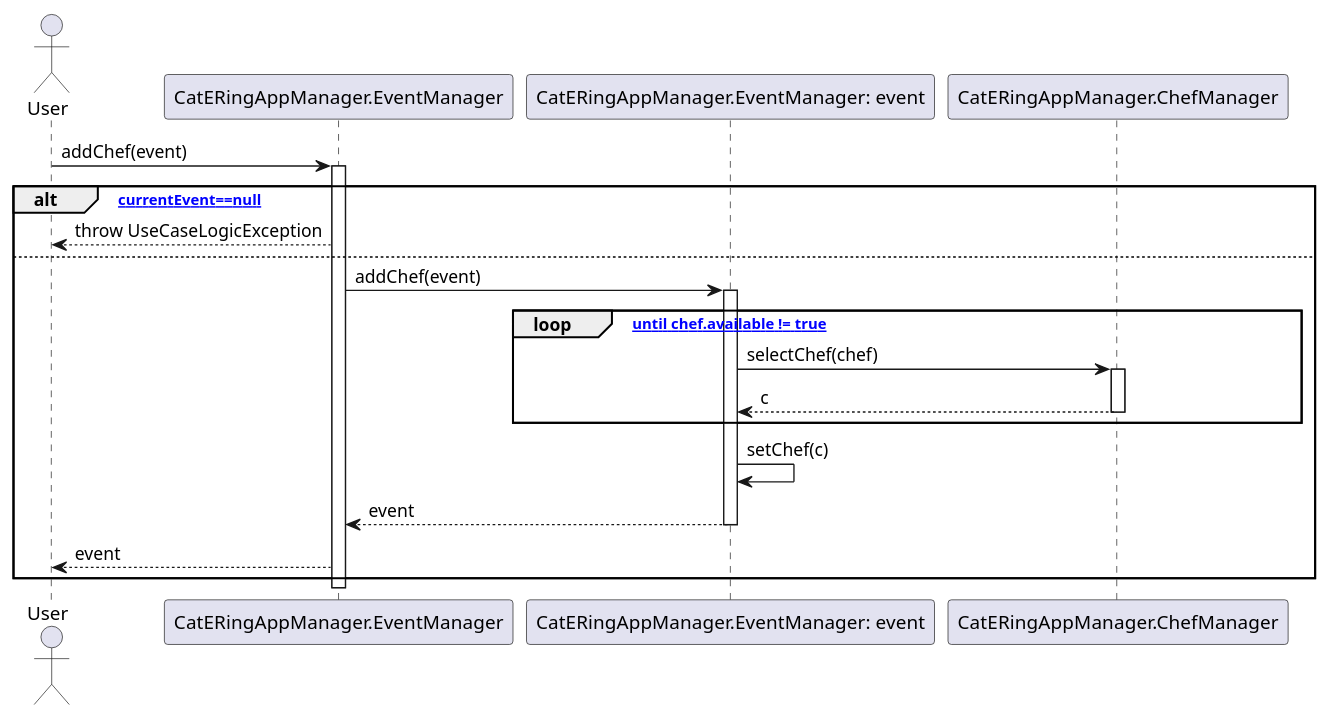
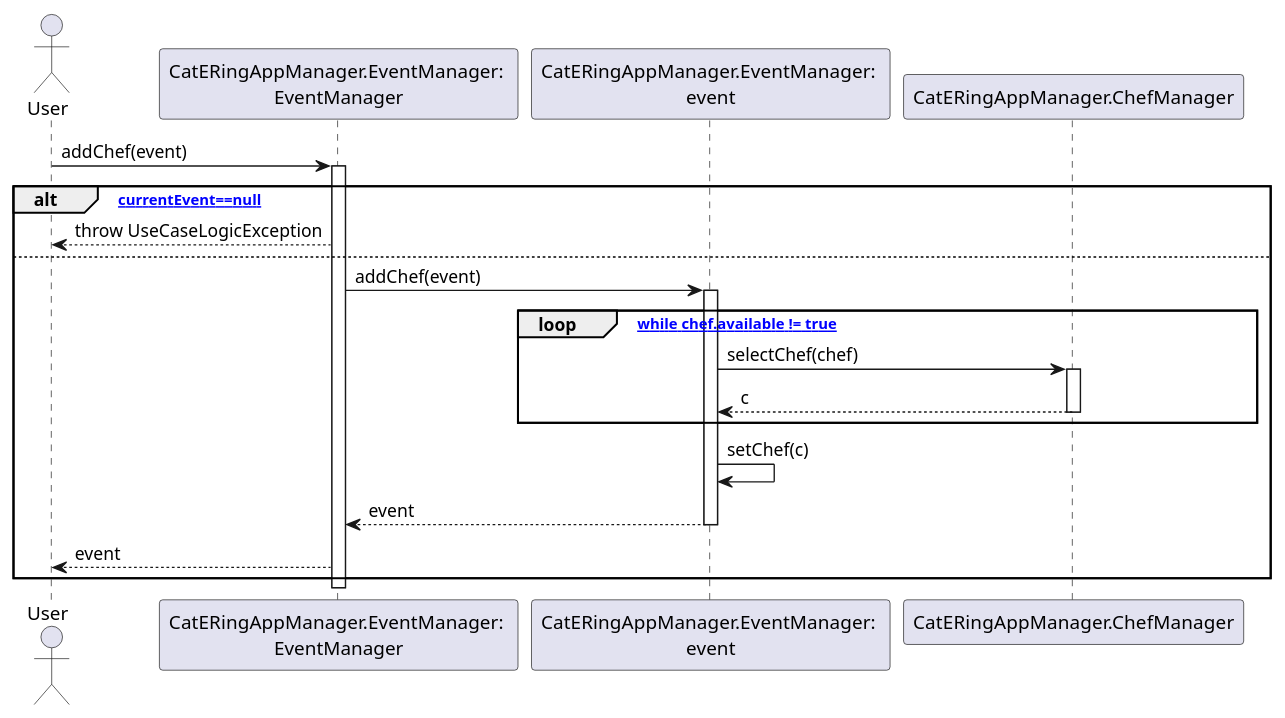
One commit to m0canu1/sas changed the diagram in dsd/dsd-eventi/scenarioPrincipale/3-assignChef.md. Above: the diagram before and after it, drawn with PlantUML. The commit also changed 11 other files, not shown here.

````diff
--- a/dsd/dsd-eventi/scenarioPrincipale/3-assignChef.md
+++ b/dsd/dsd-eventi/scenarioPrincipale/3-assignChef.md
@@ -1,29 +1,29 @@
 ```plantuml
 Actor User
-Participant "CatERingAppManager.EventManager"
-Participant "CatERingAppManager.EventManager: event"
-Participant "CatERingAppManager.ChefManager"
+Participant "CatERingAppManager.EventManager: \nEventManager" as EM
+Participant "CatERingAppManager.EventManager: \nevent" as E
+Participant "CatERingAppManager.ChefManager" as CM
 
-User -> "CatERingAppManager.EventManager": addChef(event) 
-Activate "CatERingAppManager.EventManager"
+User -> EM: addChef(event) 
+Activate EM
 alt [currentEvent==null]
-    "CatERingAppManager.EventManager" --> User: throw UseCaseLogicException
+    EM --> User: throw UseCaseLogicException
 else
-    "CatERingAppManager.EventManager" -> "CatERingAppManager.EventManager: event": addChef(event)
-    Activate "CatERingAppManager.EventManager: event"
-    loop ["until chef.available != true"]
-        "CatERingAppManager.EventManager: event" -> "CatERingAppManager.ChefManager": selectChef(chef)
-        Activate "CatERingAppManager.ChefManager"
+    EM -> E: addChef(event)
+    Activate E
+    loop ["while chef.available != true"]
+        E -> CM: selectChef(chef)
+        Activate CM
 
-        "CatERingAppManager.ChefManager" --> "CatERingAppManager.EventManager: event": c
-        Deactivate "CatERingAppManager.ChefManager"
+        CM --> E: c
+        Deactivate CM
     end
-    "CatERingAppManager.EventManager: event" -> "CatERingAppManager.EventManager: event": setChef(c)
+    E -> E: setChef(c)
 
-    "CatERingAppManager.EventManager: event" --> "CatERingAppManager.EventManager": event
-    Deactivate "CatERingAppManager.EventManager: event"
-    "CatERingAppManager.EventManager" --> User: event
+    E --> EM: event
+    Deactivate E
+    EM --> User: event
 end
-Deactivate "CatERingAppManager.EventManager"
+Deactivate EM
 
 ```
````
